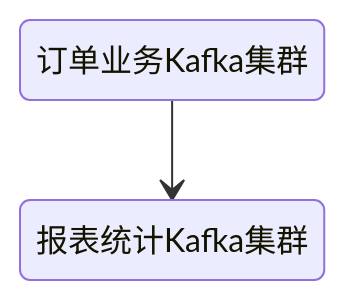
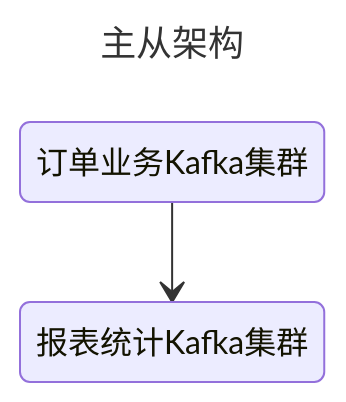
One commit to 0xcaffebabe/note changed the seventh of 12 diagrams in doc/中间件/消息队列/Kafka/Kafka.md. Above: the diagram before and after it, drawn with Mermaid. The commit also changed other lines of this file and 11 other files, not shown here.

````diff
--- a/doc/中间件/消息队列/Kafka/Kafka.md
+++ b/doc/中间件/消息队列/Kafka/Kafka.md
@@ -636,4 +611,7 @@
 ```mermaid
+---
+title: 主从架构
+---
 stateDiagram-v2
   订单业务Kafka集群 --> 报表统计Kafka集群
 ```
````
